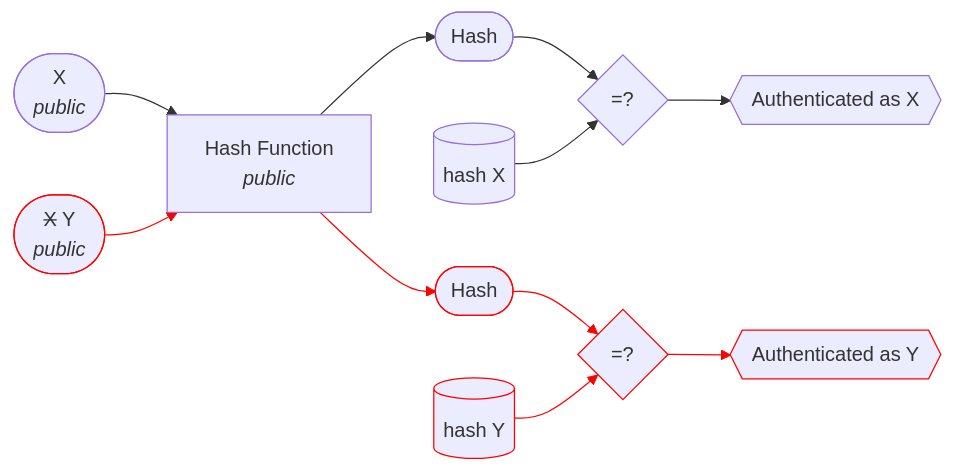
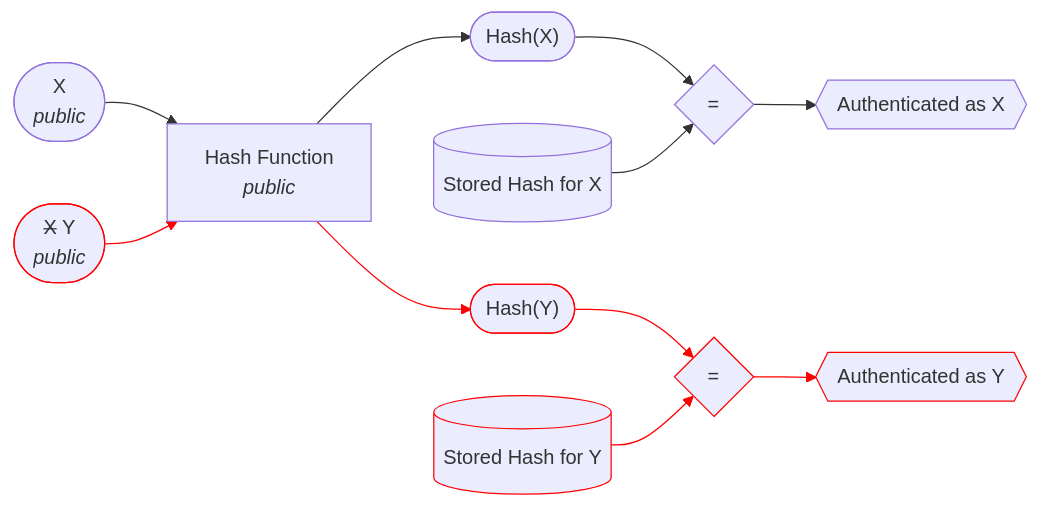
The second of 3 diagrams in docs/primitives/mac/intro.md (sripwoud/cryptography), drawn with Mermaid before and after one commit. The commit also changed other lines of this file and 1 other file, not shown here.

````diff
--- a/docs/primitives/mac/intro.md
+++ b/docs/primitives/mac/intro.md
@@ -17,26 +17,25 @@
 ```mermaid
 graph LR
 
-A1([X<br><em>public</em>]) -->B[Hash Function <br><em>public</em>]
-A2([<s>X</s> Y<br><em>public</em>]) -->B[Hash Function <br><em>public</em>]
-B --> C1([Hash])
-B --> C2([Hash])
-C1 --> D{=?}
-C2 --> D2{=?}
-user1[(hash X)] --> D
-user2[(hash Y)] --> D2
+X([X<br><em>public</em>]) -->HF[Hash Function <br><em>public</em>]
+Y([<s>X</s> Y<br><em>public</em>]) -->HF[Hash Function <br><em>public</em>]
+HF --> C1(["Hash(X)"])
+HF --> C2(["Hash(Y)"])
+C1 --> D{=}
+C2 --> D2{=}
+user1[(Stored Hash for X)] --> D
+user2[(Stored Hash for Y)] --> D2
 D --> success1{{Authenticated as X}}
 D2 --> success2{{Authenticated as Y}}
 
-style A2 stroke: red;
+style Y stroke: red;
 style C2 stroke: red;
 style user2 stroke: red;
 style D2 stroke: red;
 style success2 stroke: red;
 linkStyle 1 stroke:red;
 linkStyle 3 stroke:red;
 linkStyle 5 stroke:red;
 linkStyle 7 stroke:red;
 linkStyle 9 stroke:red;
-
 ```
````
